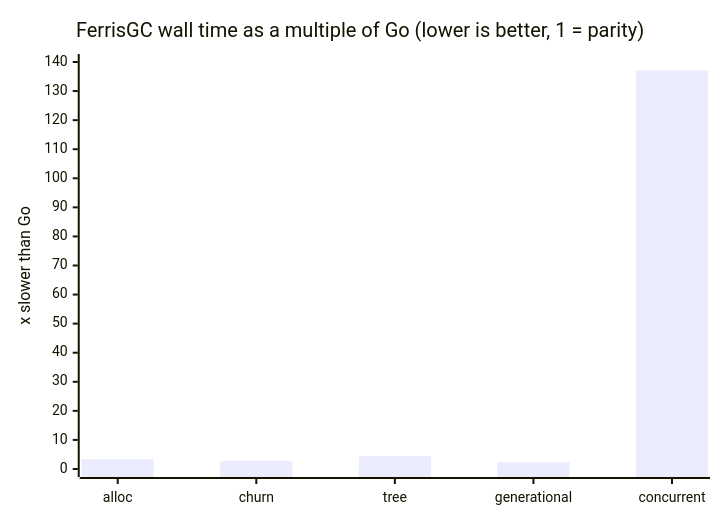
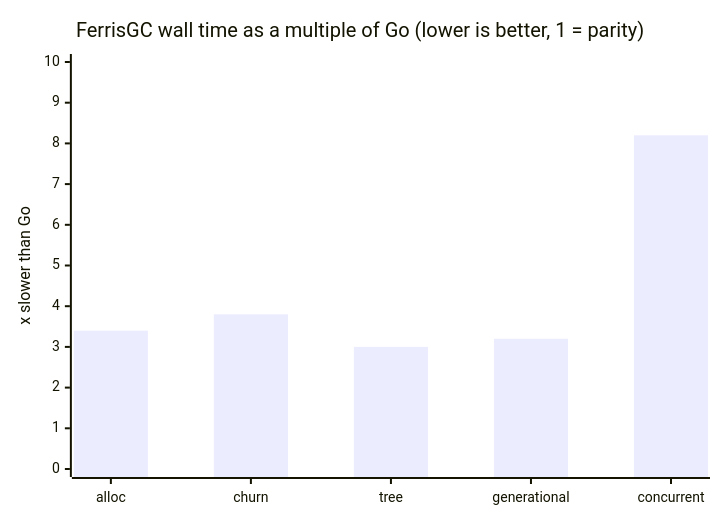
Before and after one commit to redradist/ferris-gc: the diagram in README.md, drawn with Mermaid. The commit also changed other lines of this file and 3 other files, not shown here.

````diff
--- a/README.md
+++ b/README.md
@@ -430,7 +431,7 @@
 ```mermaid
 xychart-beta
     title "FerrisGC wall time as a multiple of Go (lower is better, 1 = parity)"
     x-axis [alloc, churn, tree, generational, concurrent]
-    y-axis "x slower than Go" 0 --> 140
-    bar [3.4, 2.8, 4.4, 2.3, 137.1]
+    y-axis "x slower than Go" 0 --> 10
+    bar [3.4, 3.8, 3.0, 3.2, 8.2]
 ```
````
